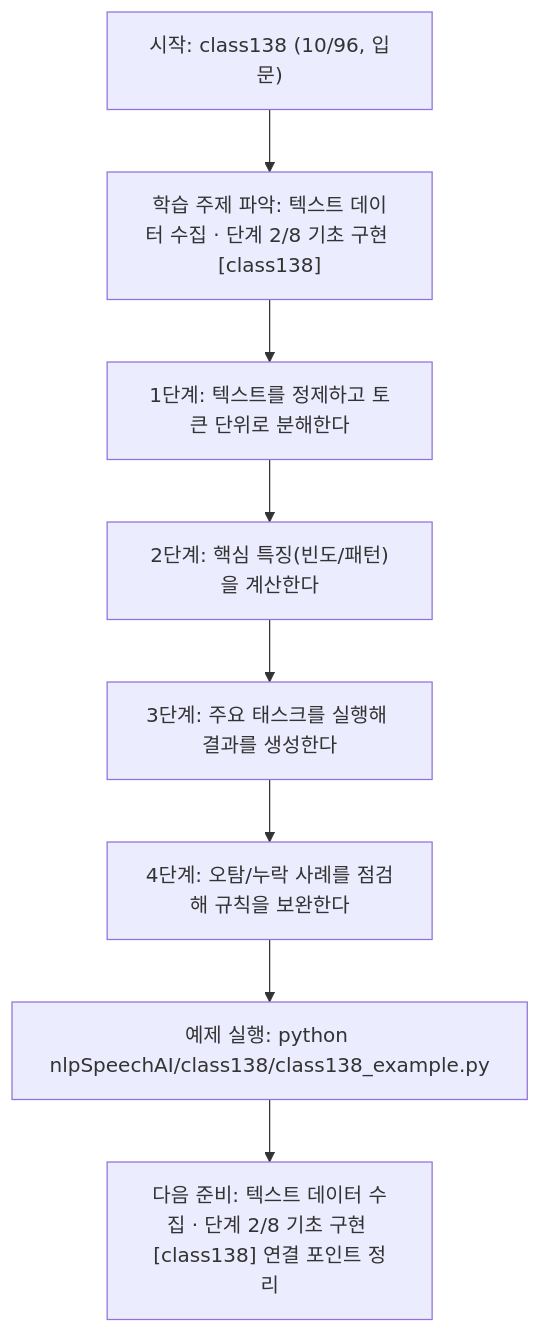
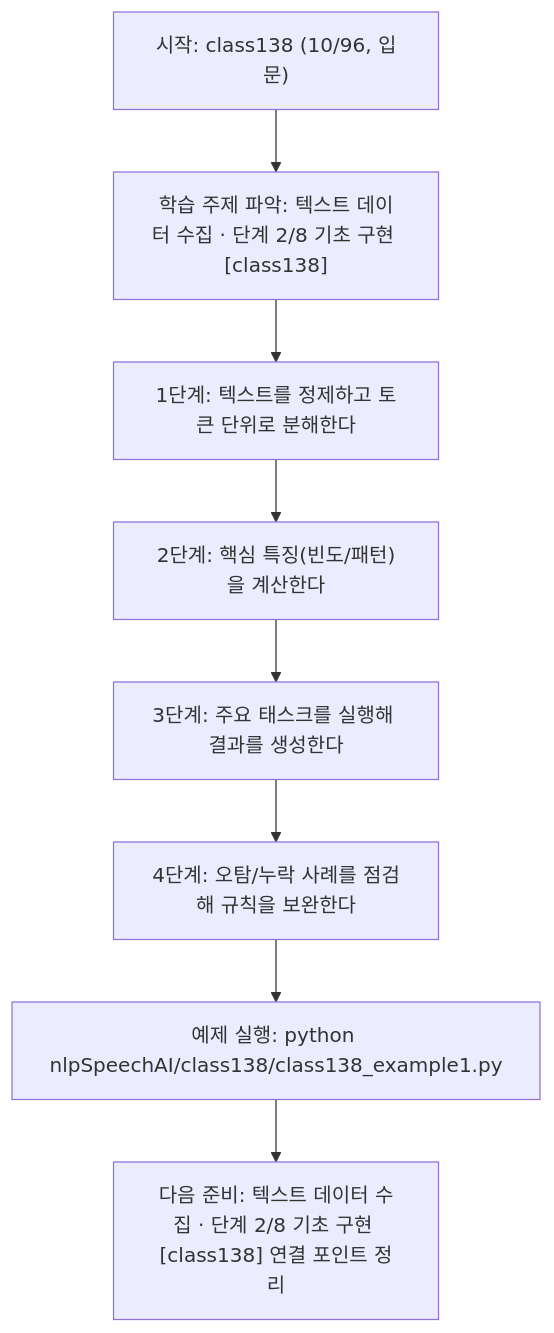
Before and after one commit to edumgt/Python-AI_Agent-Class: the diagram in nlpSpeechAI/class138/class138.md, drawn with Mermaid. The commit also changed other lines of this file and 2959 other files, not shown here.

````diff
--- a/nlpSpeechAI/class138/class138.md
+++ b/nlpSpeechAI/class138/class138.md
@@ -114,18 +114,18 @@
 ```mermaid
 flowchart TD
 N1["시작: class138 (10/96, 입문)"]
 N2["학습 주제 파악: 텍스트 데이터 수집 · 단계 2/8 기초 구현 [class138]"]
 N3["1단계: 텍스트를 정제하고 토큰 단위로 분해한다"]
 N4["2단계: 핵심 특징(빈도/패턴)을 계산한다"]
 N5["3단계: 주요 태스크를 실행해 결과를 생성한다"]
 N6["4단계: 오탐/누락 사례를 점검해 규칙을 보완한다"]
-N7["예제 실행: python nlpSpeechAI/class138/class138_example.py"]
+N7["예제 실행: python nlpSpeechAI/class138/class138_example1.py"]
 N8["다음 준비: 텍스트 데이터 수집 · 단계 2/8 기초 구현 [class138] 연결 포인트 정리"]
 N1 --> N2
 N2 --> N3
 N3 --> N4
 N4 --> N5
 N5 --> N6
 N6 --> N7
 N7 --> N8
 ```
````
